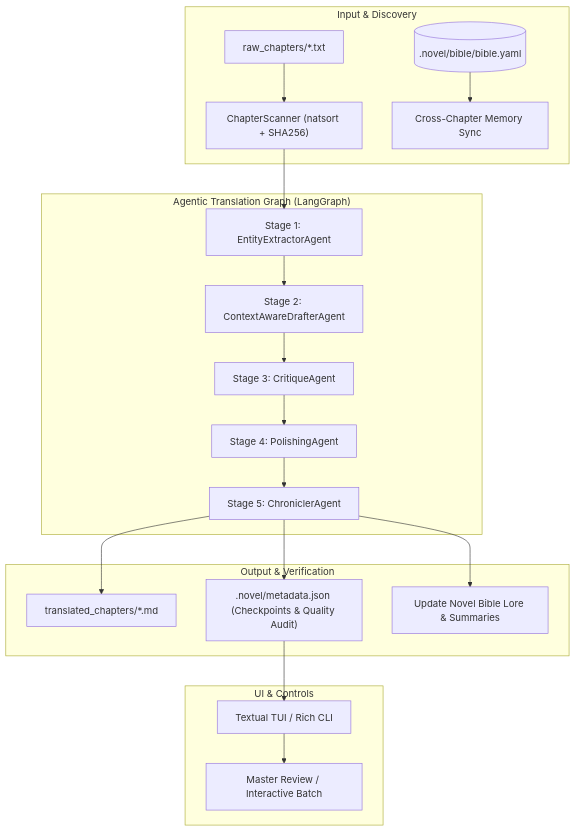
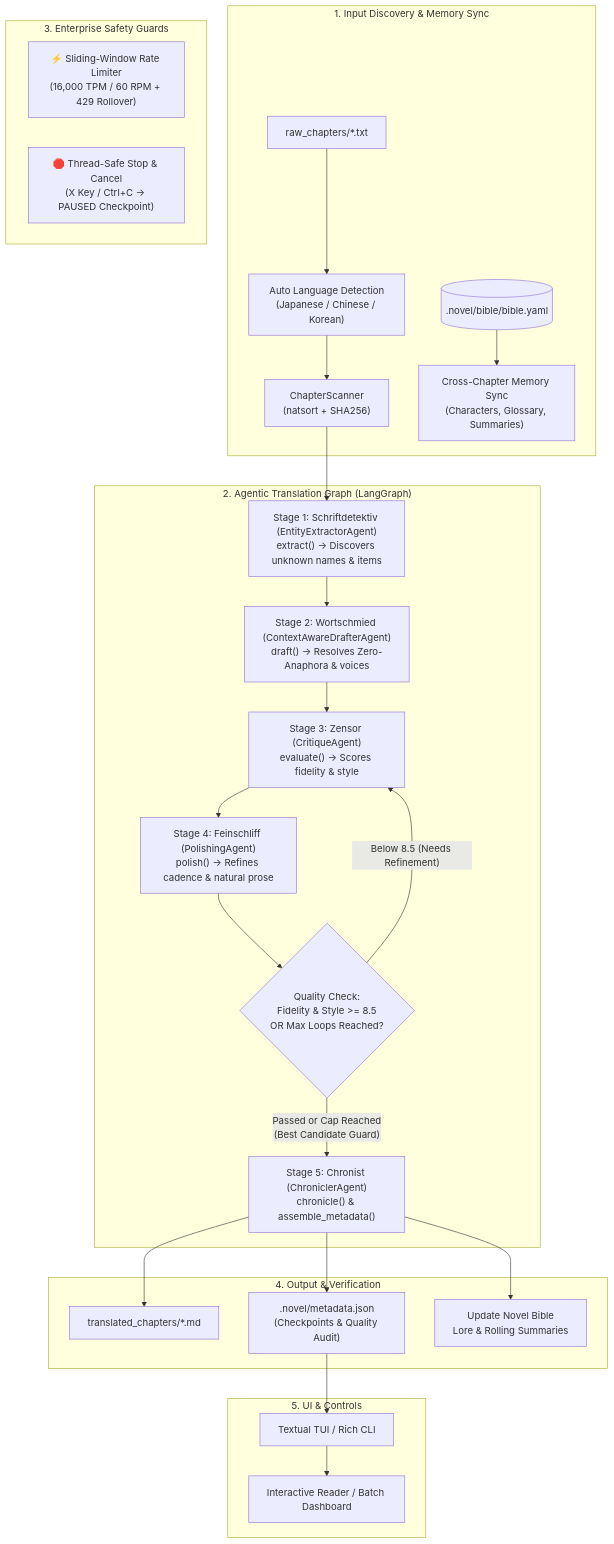
Before and after one commit to Checkmartyr/NouSetsu: the diagram in README.md, drawn with Mermaid. The commit also changed other lines of this file and 1 other file, not shown here.

Commit message:
docs: explain simple agent functions, LangGraph review reflection loop, and rate limiter in README and doc/workflow.md

````diff
--- a/README.md
+++ b/README.md
@@ -34,26 +38,35 @@
 ```mermaid
 flowchart TD
-    subgraph Input_Discovery ["Input & Discovery"]
-        Raw["raw_chapters/*.txt"] --> Scanner["ChapterScanner (natsort + SHA256)"]
-        Bible[(".novel/bible/bible.yaml")] --> MemorySync["Cross-Chapter Memory Sync"]
+    subgraph Input_Discovery ["1. Input Discovery & Memory Sync"]
+        Raw["raw_chapters/*.txt"] --> LangDetect["Auto Language Detection\n(Japanese / Chinese / Korean)"]
+        LangDetect --> Scanner["ChapterScanner\n(natsort + SHA256)"]
+        Bible[(".novel/bible/bible.yaml")] --> MemorySync["Cross-Chapter Memory Sync\n(Characters, Glossary, Summaries)"]
     end
 
-    subgraph Translation_Graph ["Agentic Translation Graph (LangGraph)"]
-        Scanner --> Extractor["Stage 1: EntityExtractorAgent"]
-        Extractor --> Drafter["Stage 2: ContextAwareDrafterAgent"]
-        Drafter --> Critic["Stage 3: CritiqueAgent"]
-        Critic --> Polisher["Stage 4: PolishingAgent"]
-        Polisher --> Chronicler["Stage 5: ChroniclerAgent"]
+    subgraph Translation_Graph ["2. Agentic Translation Graph (LangGraph)"]
+        Scanner --> Extractor["Stage 1: Schriftdetektiv (EntityExtractorAgent)\nextract() -> Discovers unknown names & items"]
+        Extractor --> Drafter["Stage 2: Wortschmied (ContextAwareDrafterAgent)\ndraft() -> Resolves Zero-Anaphora & voices"]
+        Drafter --> Critic["Stage 3: Zensor (CritiqueAgent)\nevaluate() -> Scores fidelity & style"]
+        Critic --> Polish["Stage 4: Feinschliff (PolishingAgent)\npolish() -> Refines cadence & natural prose"]
+        
+        Polish --> ReviewCheck{"Quality Check:\nFidelity & Style >= 8.5\nOR Max Loops Reached?"}
+        ReviewCheck -- "Below 8.5 (Needs Refinement)" --> Critic
+        ReviewCheck -- "Passed or Cap Reached\n(Best Candidate Guard)" --> Chronicler["Stage 5: Chronist (ChroniclerAgent)\nchronicle() & assemble_metadata()"]
     end
 
-    subgraph Output_Verification ["Output & Verification"]
-        Chronicler --> OutText["translated_chapters/*.md"]
-        Chronicler --> Meta[".novel/metadata.json (Checkpoints & Quality Audit)"]
-        Chronicler --> BibleUpdate["Update Novel Bible Lore & Summaries"]
+    subgraph Safety_Guards ["3. Enterprise Safety Guards"]
+        RateLimiter["⚡ Sliding-Window Rate Limiter\n(16,000 TPM / 60 RPM + 429 Rollover)"]
+        StopGuard["🛑 Thread-Safe Stop & Cancel\n(X Key / Ctrl+C -> PAUSED Checkpoint)"]
     end
 
-    subgraph UI_Controls ["UI & Controls"]
+    subgraph Output_Verification ["4. Output & Verification"]
+        Chronicler --> OutText["translated_chapters/*.md"]
+        Chronicler --> Meta[".novel/metadata.json\n(Checkpoints & Quality Audit)"]
+        Chronicler --> BibleUpdate["Update Novel Bible\nLore & Rolling Summaries"]
+    end
+
+    subgraph UI_Controls ["5. UI & Controls"]
         Meta --> TUI["Textual TUI / Rich CLI"]
-        TUI --> User["Master Review / Interactive Batch"]
+        TUI --> User["Interactive Reader / Batch Dashboard"]
     end
 ```
````
